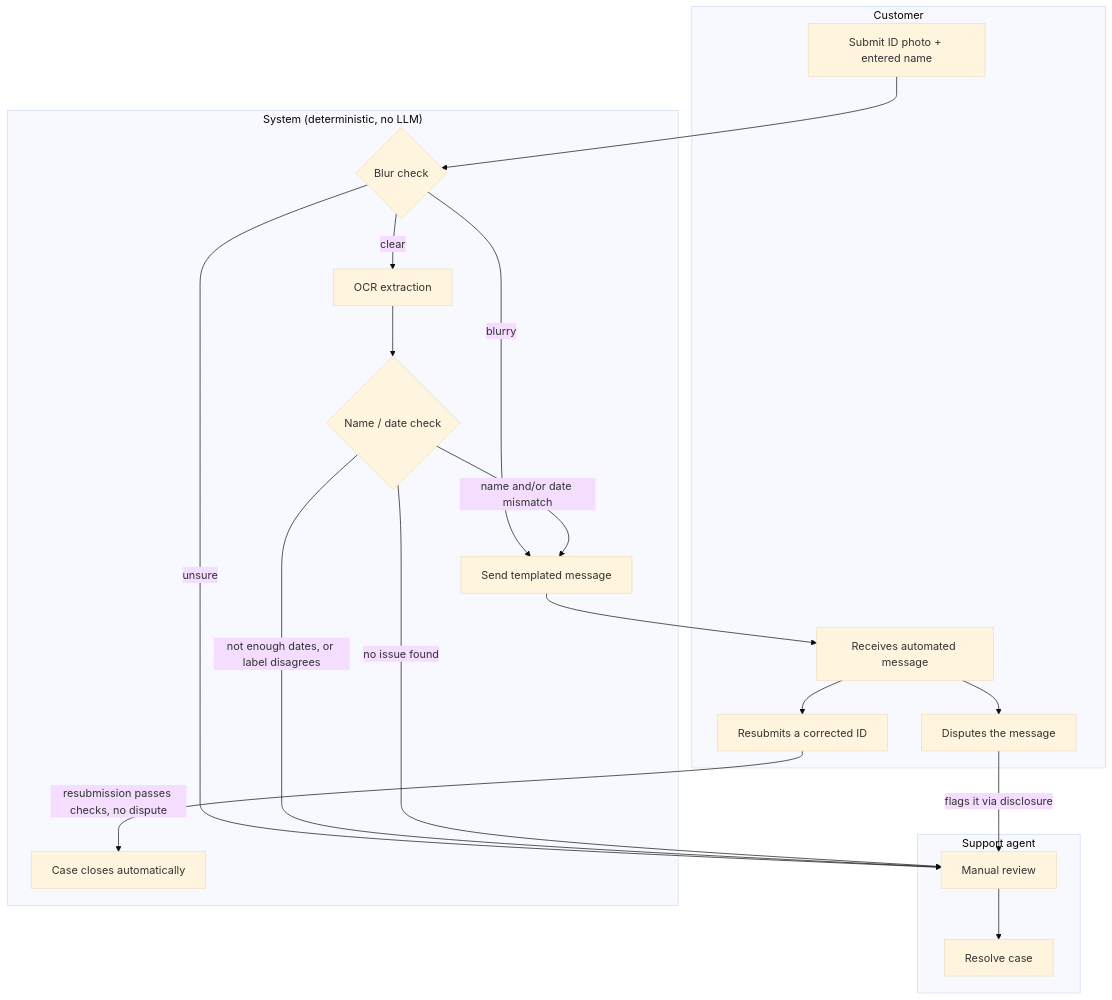
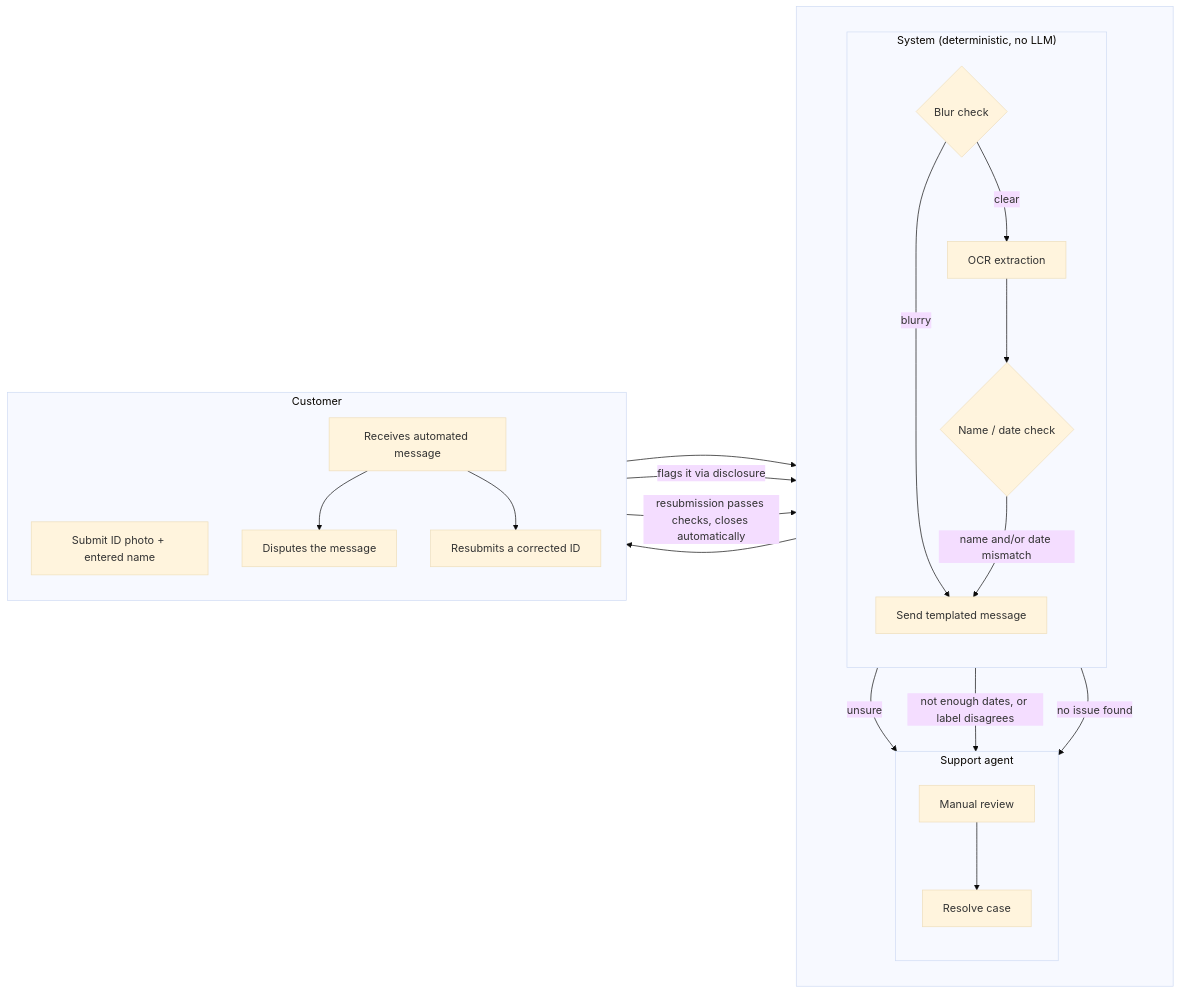
One commit to SalsabeelNasr/voltify changed the diagram in README.md. Above: the diagram before and after it, drawn with Mermaid (base theme).

Commit message:
Restructure flowchart: Support stacked under System, simplify auto-close edge
Group System and Support in a left-hand column (System above Support)
with Customer on the right, using nested subgraph direction hints.
Also drop the separate "Case closes automatically" node: the
resubmission-passes edge now points straight at Resolve case, labeled
to show it happens without a human.

Claude-Session: https://claude.ai/code/session_01SyrBoPaHeRkH9tmQ5qLrBP

````diff
--- a/README.md
+++ b/README.md
@@ -12,37 +12,42 @@
 ```mermaid
-flowchart TD
-    subgraph Support["Support agent"]
-        F[Manual review]
-        G[Resolve case]
-    end
+flowchart LR
+    subgraph Team[" "]
+        direction TB
+        subgraph System["System (deterministic, no LLM)"]
+            direction TB
+            B{Blur check}
+            C[OCR extraction]
+            D{Name / date check}
+            E[Send templated message]
+        end
 
-    subgraph System["System (deterministic, no LLM)"]
-        B{Blur check}
-        C[OCR extraction]
-        D{Name / date check}
-        E[Send templated message]
-        L[Case closes automatically]
+        subgraph Support["Support agent"]
+            direction TB
+            F[Manual review]
+            G[Resolve case]
+        end
     end
 
     subgraph Customer
+        direction TB
         A[Submit ID photo + entered name]
         H[Receives automated message]
         I[Disputes the message]
         K[Resubmits a corrected ID]
     end
 
     A --> B
     B -->|blurry| E
     B -->|unsure| F
     B -->|clear| C
     C --> D
     D -->|not enough dates, or label disagrees| F
     D -->|name and/or date mismatch| E
     D -->|no issue found| F
     E --> H
     H --> I
     H --> K
     I -->|flags it via disclosure| F
-    K -->|resubmission passes checks, no dispute| L
+    K -->|resubmission passes checks, closes automatically| G
     F --> G
 ```
````
